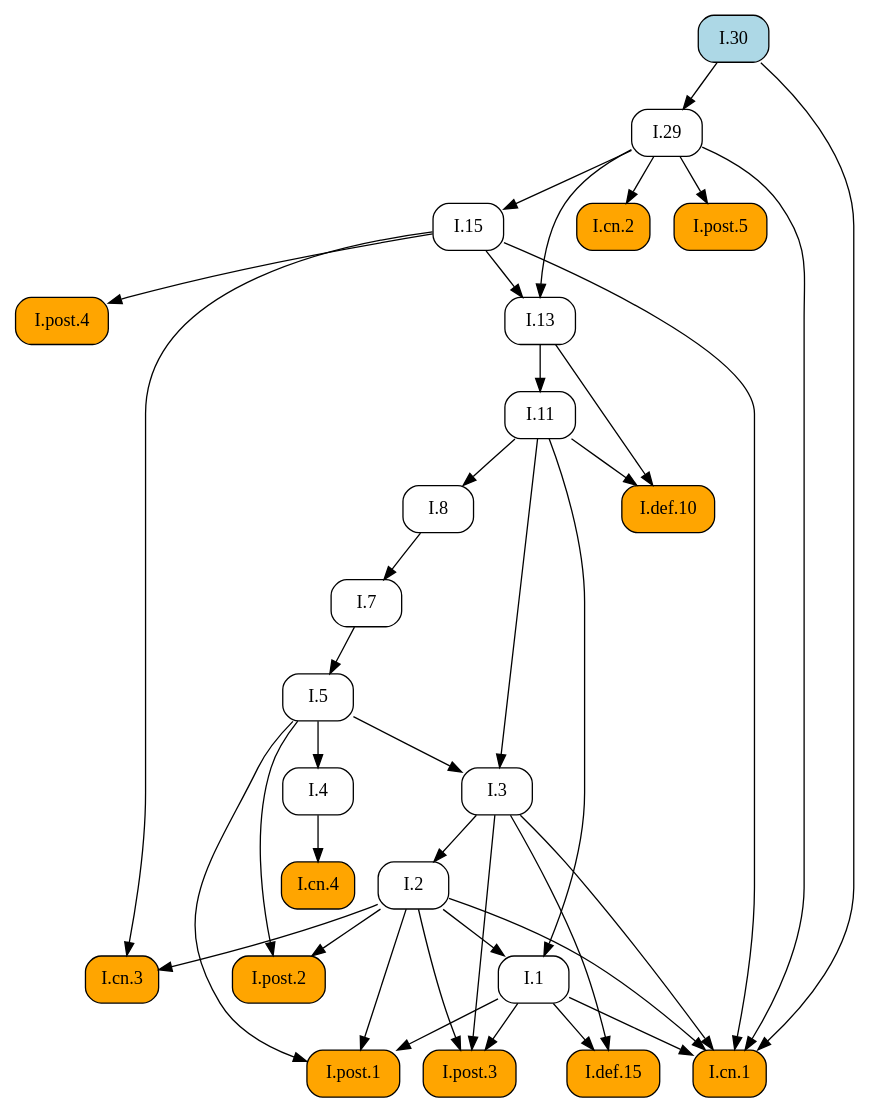
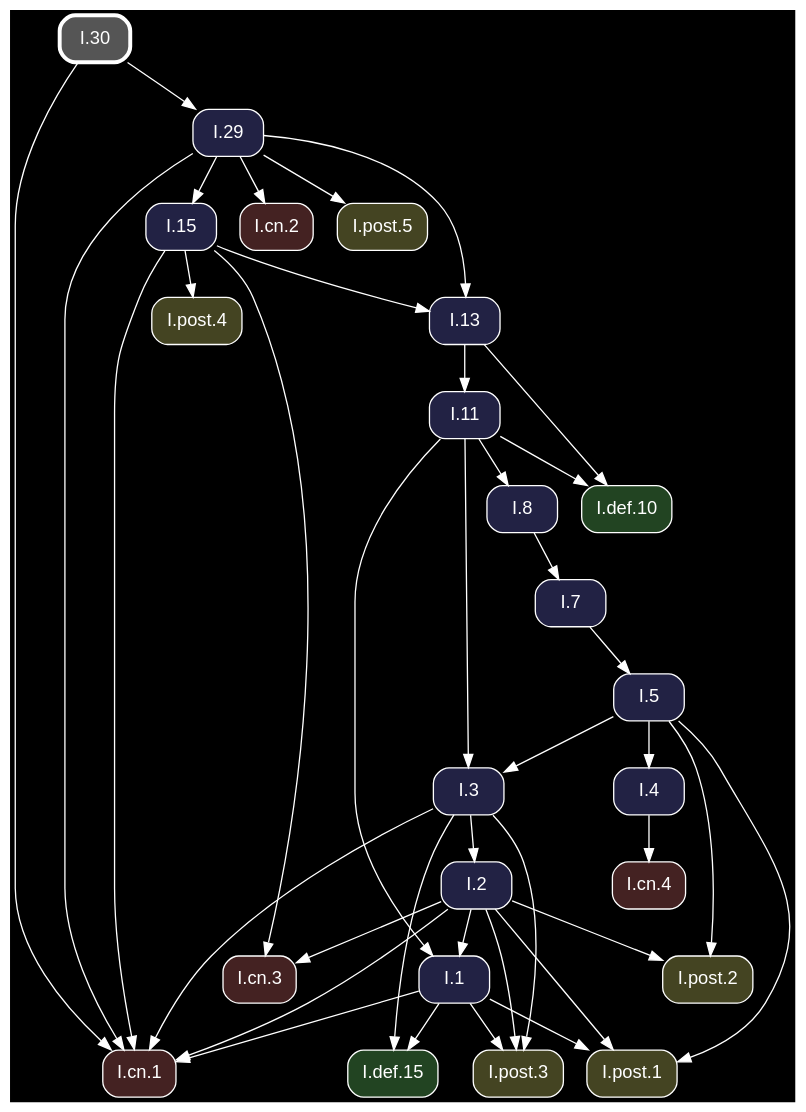
Before and after one commit to geometor/elements: the diagram in docsrc/heath/I/30/index.rst, drawn with Graphviz. The commit also changed other lines of this file and 1200 other files, not shown here.

Commit message:
update dependency graphs

```diff
--- a/docsrc/heath/I/30/index.rst
+++ b/docsrc/heath/I/30/index.rst
@@ -54,67 +54,69 @@
 .. graphviz::
 
    digraph {
+     bgcolor="black";
+     node [shape=box, style="rounded,filled", fontname="Helvetica", color="white", fontcolor="white"];
+     edge [color="white", fontcolor="white"];
      rankdir="TB";
-     node [shape=box, style=rounded];
-     "I.cn.1" [style="rounded,filled", fillcolor=orange, URL="/heath/I/cn.1/", target="_top"];
-     "I.7" [URL="/heath/I/7/", target="_top"];
-     "I.2" [URL="/heath/I/2/", target="_top"];
-     "I.def.15" [style="rounded,filled", fillcolor=orange, URL="/heath/I/def.15/", target="_top"];
-     "I.13" [URL="/heath/I/13/", target="_top"];
-     "I.post.4" [style="rounded,filled", fillcolor=orange, URL="/heath/I/post.4/", target="_top"];
-     "I.4" [URL="/heath/I/4/", target="_top"];
-     "I.1" [URL="/heath/I/1/", target="_top"];
-     "I.post.3" [style="rounded,filled", fillcolor=orange, URL="/heath/I/post.3/", target="_top"];
-     "I.post.1" [style="rounded,filled", fillcolor=orange, URL="/heath/I/post.1/", target="_top"];
-     "I.5" [URL="/heath/I/5/", target="_top"];
-     "I.8" [URL="/heath/I/8/", target="_top"];
-     "I.cn.3" [style="rounded,filled", fillcolor=orange, URL="/heath/I/cn.3/", target="_top"];
-     "I.29" [URL="/heath/I/29/", target="_top"];
-     "I.30" [style="rounded,filled", fillcolor=lightblue, URL="/heath/I/30/", target="_top"];
-     "I.def.10" [style="rounded,filled", fillcolor=orange, URL="/heath/I/def.10/", target="_top"];
-     "I.15" [URL="/heath/I/15/", target="_top"];
-     "I.11" [URL="/heath/I/11/", target="_top"];
-     "I.cn.2" [style="rounded,filled", fillcolor=orange, URL="/heath/I/cn.2/", target="_top"];
-     "I.post.5" [style="rounded,filled", fillcolor=orange, URL="/heath/I/post.5/", target="_top"];
-     "I.cn.4" [style="rounded,filled", fillcolor=orange, URL="/heath/I/cn.4/", target="_top"];
-     "I.post.2" [style="rounded,filled", fillcolor=orange, URL="/heath/I/post.2/", target="_top"];
-     "I.3" [URL="/heath/I/3/", target="_top"];
+     "I.3" [fillcolor="#222244", URL="/heath/I/3/", target="_top"];
+     "I.post.1" [fillcolor="#444422", URL="/heath/I/post.1/", target="_top"];
+     "I.cn.1" [fillcolor="#442222", URL="/heath/I/cn.1/", target="_top"];
+     "I.def.10" [fillcolor="#224422", URL="/heath/I/def.10/", target="_top"];
+     "I.15" [fillcolor="#222244", URL="/heath/I/15/", target="_top"];
+     "I.11" [fillcolor="#222244", URL="/heath/I/11/", target="_top"];
+     "I.cn.3" [fillcolor="#442222", URL="/heath/I/cn.3/", target="_top"];
+     "I.13" [fillcolor="#222244", URL="/heath/I/13/", target="_top"];
+     "I.2" [fillcolor="#222244", URL="/heath/I/2/", target="_top"];
+     "I.post.2" [fillcolor="#444422", URL="/heath/I/post.2/", target="_top"];
+     "I.cn.2" [fillcolor="#442222", URL="/heath/I/cn.2/", target="_top"];
+     "I.29" [fillcolor="#222244", URL="/heath/I/29/", target="_top"];
+     "I.cn.4" [fillcolor="#442222", URL="/heath/I/cn.4/", target="_top"];
+     "I.1" [fillcolor="#222244", URL="/heath/I/1/", target="_top"];
+     "I.post.5" [fillcolor="#444422", URL="/heath/I/post.5/", target="_top"];
+     "I.post.4" [fillcolor="#444422", URL="/heath/I/post.4/", target="_top"];
+     "I.30" [penwidth=3, color="white", fillcolor="#555555", URL="/heath/I/30/", target="_top"];
+     "I.8" [fillcolor="#222244", URL="/heath/I/8/", target="_top"];
+     "I.4" [fillcolor="#222244", URL="/heath/I/4/", target="_top"];
+     "I.post.3" [fillcolor="#444422", URL="/heath/I/post.3/", target="_top"];
+     "I.7" [fillcolor="#222244", URL="/heath/I/7/", target="_top"];
+     "I.def.15" [fillcolor="#224422", URL="/heath/I/def.15/", target="_top"];
+     "I.5" [fillcolor="#222244", URL="/heath/I/5/", target="_top"];
+     "I.5" -> "I.3";
+     "I.11" -> "I.3";
+     "I.1" -> "I.post.1";
+     "I.2" -> "I.post.1";
+     "I.5" -> "I.post.1";
      "I.1" -> "I.cn.1";
      "I.2" -> "I.cn.1";
      "I.3" -> "I.cn.1";
      "I.15" -> "I.cn.1";
      "I.29" -> "I.cn.1";
      "I.30" -> "I.cn.1";
-     "I.8" -> "I.7";
-     "I.3" -> "I.2";
-     "I.1" -> "I.def.15";
-     "I.3" -> "I.def.15";
-     "I.15" -> "I.13";
-     "I.29" -> "I.13";
-     "I.15" -> "I.post.4";
-     "I.5" -> "I.4";
-     "I.2" -> "I.1";
-     "I.11" -> "I.1";
-     "I.1" -> "I.post.3";
-     "I.2" -> "I.post.3";
-     "I.3" -> "I.post.3";
-     "I.1" -> "I.post.1";
-     "I.2" -> "I.post.1";
-     "I.5" -> "I.post.1";
-     "I.7" -> "I.5";
-     "I.11" -> "I.8";
-     "I.2" -> "I.cn.3";
-     "I.15" -> "I.cn.3";
-     "I.30" -> "I.29";
      "I.11" -> "I.def.10";
      "I.13" -> "I.def.10";
      "I.29" -> "I.15";
      "I.13" -> "I.11";
-     "I.29" -> "I.cn.2";
-     "I.29" -> "I.post.5";
-     "I.4" -> "I.cn.4";
+     "I.2" -> "I.cn.3";
+     "I.15" -> "I.cn.3";
+     "I.15" -> "I.13";
+     "I.29" -> "I.13";
+     "I.3" -> "I.2";
      "I.2" -> "I.post.2";
      "I.5" -> "I.post.2";
-     "I.5" -> "I.3";
-     "I.11" -> "I.3";
+     "I.29" -> "I.cn.2";
+     "I.30" -> "I.29";
+     "I.4" -> "I.cn.4";
+     "I.2" -> "I.1";
+     "I.11" -> "I.1";
+     "I.29" -> "I.post.5";
+     "I.15" -> "I.post.4";
+     "I.11" -> "I.8";
+     "I.5" -> "I.4";
+     "I.1" -> "I.post.3";
+     "I.2" -> "I.post.3";
+     "I.3" -> "I.post.3";
+     "I.8" -> "I.7";
+     "I.1" -> "I.def.15";
+     "I.3" -> "I.def.15";
+     "I.7" -> "I.5";
    }
```
